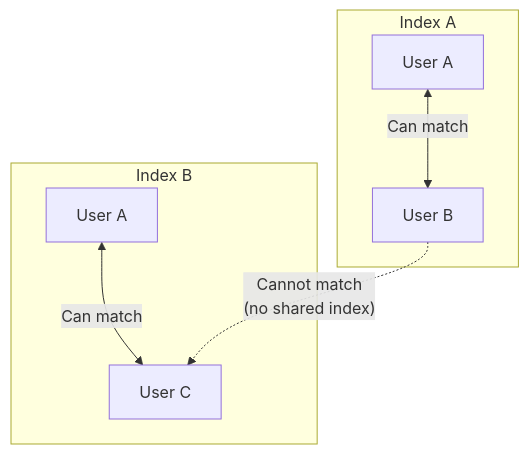
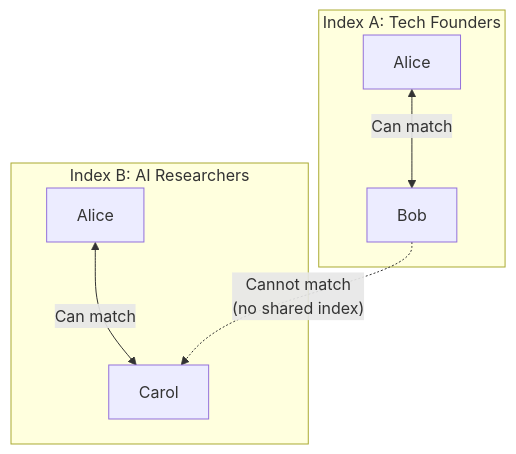
Before and after one commit to yanekyuk/index: the sixth of 7 diagrams in protocol/plans/opportunity-redesign-plan.md, drawn with Mermaid. The commit also changed other lines of this file, not shown here.

````diff
--- a/protocol/plans/opportunity-redesign-plan.md
+++ b/protocol/plans/opportunity-redesign-plan.md
@@ -1276,16 +1003,16 @@
 ```mermaid
 flowchart TD
-    subgraph "Index A"
-        UA1["User A"]
-        UB1["User B"]
+    subgraph "Index A: Tech Founders"
+        UA1["Alice"]
+        UB1["Bob"]
     end
     
-    subgraph "Index B"
-        UA2["User A"]
-        UC1["User C"]
+    subgraph "Index B: AI Researchers"
+        UA2["Alice"]
+        UC1["Carol"]
     end
     
     UA1 <-->|"Can match"| UB1
     UA2 <-->|"Can match"| UC1
     UB1 -.->|"Cannot match<br/>(no shared index)"| UC1
 ```
````
